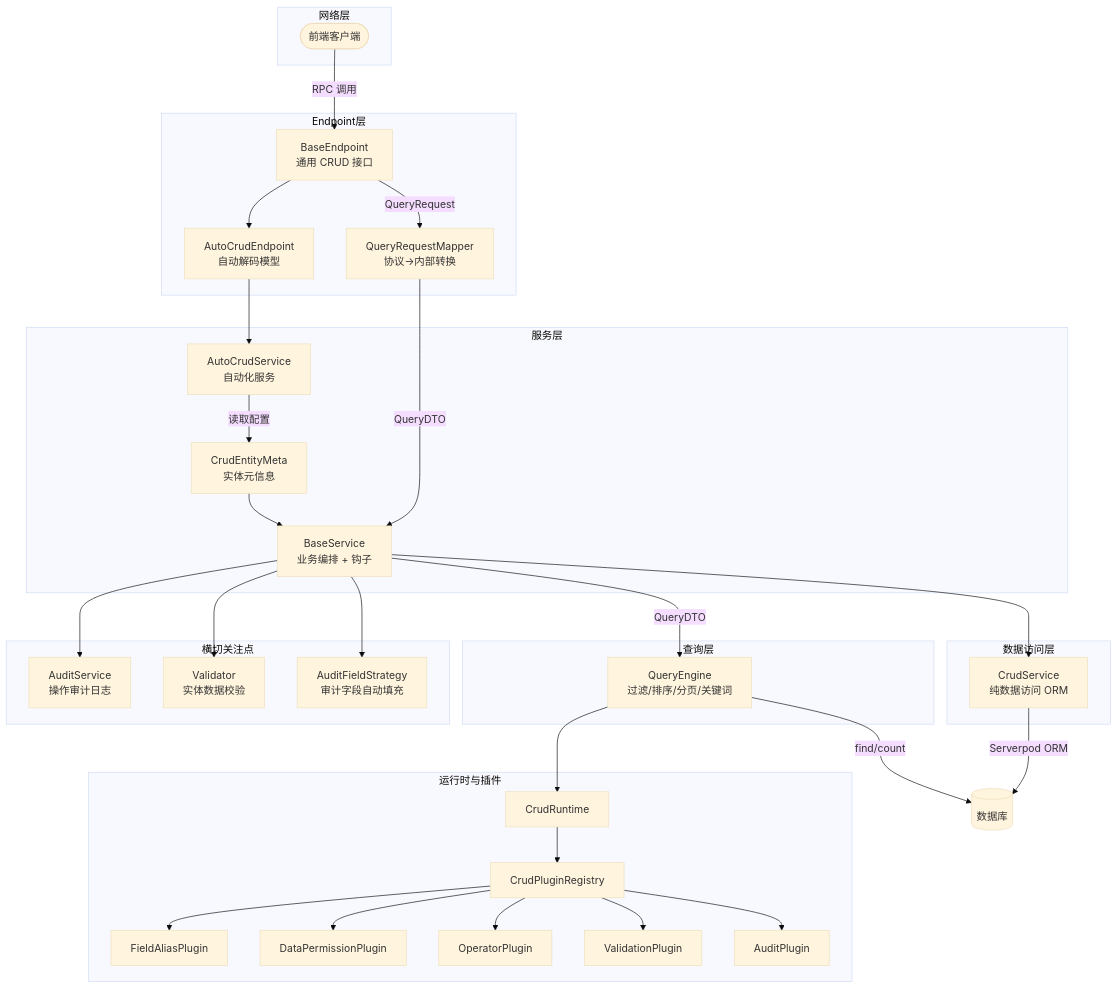
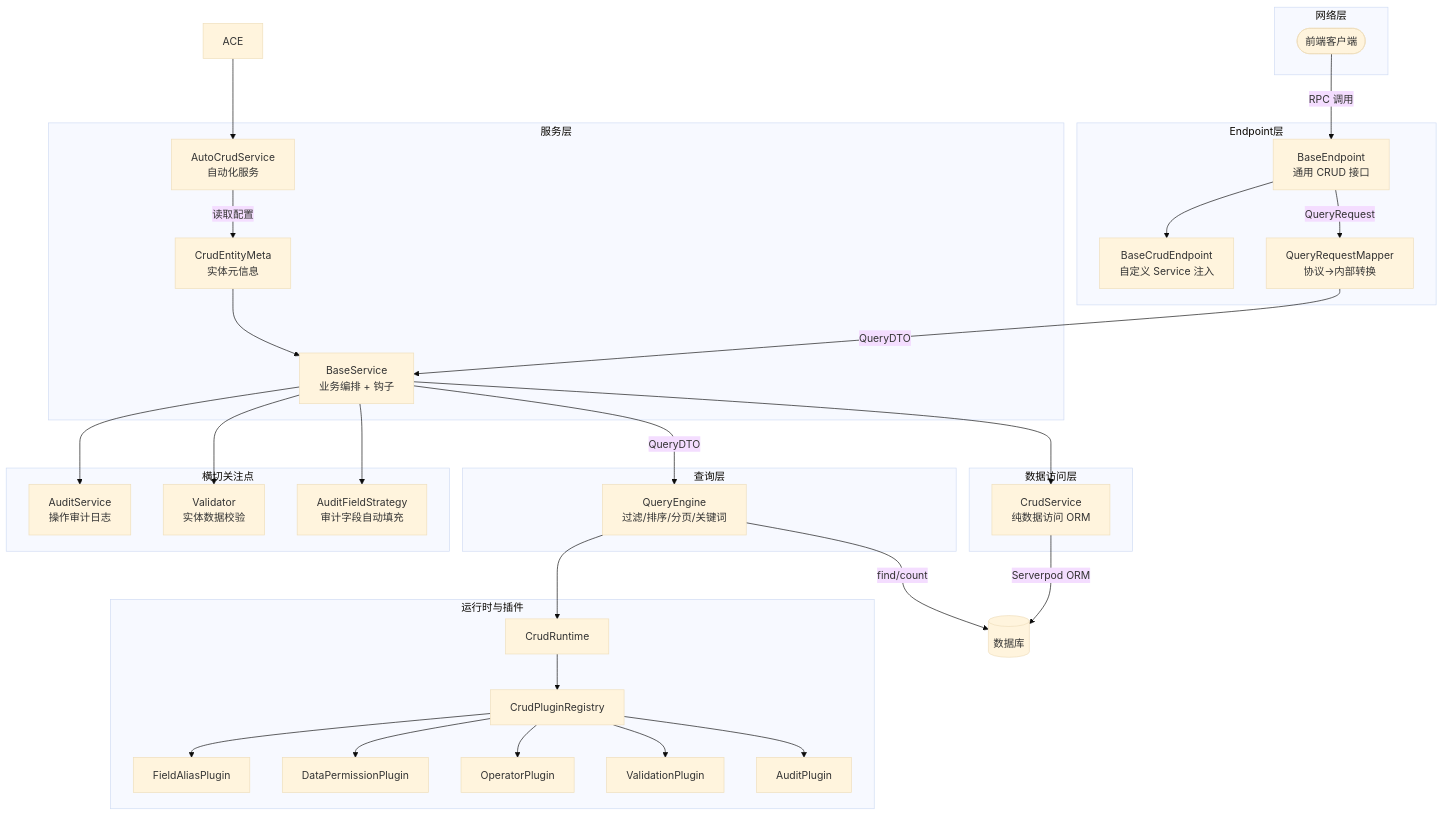
The first of 8 diagrams in serverpod_crud/README.md (coderxsle/flutter_web_admin), drawn with Mermaid (base theme) before and after one commit. The commit also changed other lines of this file and 25 other files, not shown here.

````diff
--- a/serverpod_crud/README.md
+++ b/serverpod_crud/README.md
@@ -72,58 +77,58 @@
 ```mermaid
 graph TB
     subgraph 网络层
         Client([前端客户端])
     end
 
     subgraph Endpoint层
         BE[BaseEndpoint<br/>通用 CRUD 接口]
-        ACE[AutoCrudEndpoint<br/>自动解码模型]
+        BSE[BaseCrudEndpoint<br/>自定义 Service 注入]
         QRM[QueryRequestMapper<br/>协议→内部转换]
     end
 
     subgraph 服务层
         ACS[AutoCrudService<br/>自动化服务]
         BS[BaseService<br/>业务编排 + 钩子]
         CEM[CrudEntityMeta<br/>实体元信息]
     end
 
     subgraph 数据访问层
         CS[CrudService<br/>纯数据访问 ORM]
     end
 
     subgraph 查询层
         QE[QueryEngine<br/>过滤/排序/分页/关键词]
     end
 
     subgraph 运行时与插件
         RT[CrudRuntime]
         PR[CrudPluginRegistry]
         P1[FieldAliasPlugin]
         P2[DataPermissionPlugin]
         P3[OperatorPlugin]
         P4[ValidationPlugin]
         P5[AuditPlugin]
     end
 
     subgraph 横切关注点
         AUD[AuditService<br/>操作审计日志]
         VAL[Validator<br/>实体数据校验]
         AFS[AuditFieldStrategy<br/>审计字段自动填充]
     end
 
     Client -->|RPC 调用| BE
-    BE --> ACE
+    BE --> BSE
     BE -->|QueryRequest| QRM
     QRM -->|QueryDTO| BS
     ACE --> ACS
     ACS -->|读取配置| CEM
     CEM --> BS
     BS --> CS
     BS -->|QueryDTO| QE
     QE --> RT
     RT --> PR
     PR --> P1 & P2 & P3 & P4 & P5
     BS --> AUD & VAL & AFS
     CS -->|Serverpod ORM| DB[(数据库)]
     QE -->|find/count| DB
 ```
````
